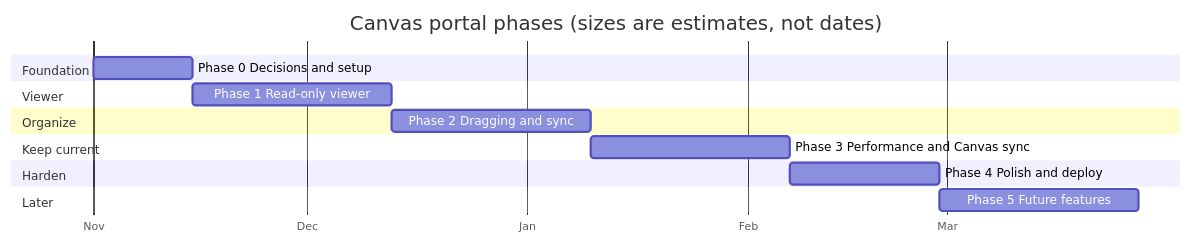
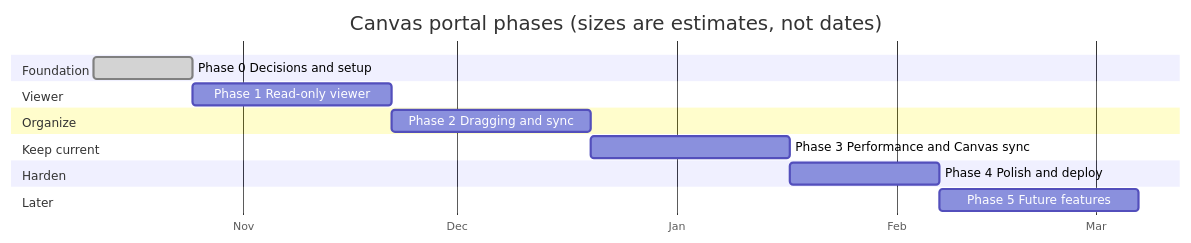
Before and after one commit to bbranton/TestProj: the diagram in docs/canvas-portal/01-roadmap.md, drawn with Mermaid. The commit also changed other lines of this file, not shown here.

First line of the commit message:
Roadmap: in-depth review fixes

````diff
--- a/docs/canvas-portal/01-roadmap.md
+++ b/docs/canvas-portal/01-roadmap.md
@@ -21,18 +21,18 @@
 ```mermaid
 gantt
     title Canvas portal phases (sizes are estimates, not dates)
     dateFormat  YYYY-MM-DD
     axisFormat  %b
     section Foundation
-    Phase 0 Decisions and setup      :p0, 2026-11-01, 14d
+    Phase 0 Decisions and setup      :done, p0, 2026-10-11, 14d
     section Viewer
     Phase 1 Read-only viewer         :p1, after p0, 28d
     section Organize
     Phase 2 Dragging and sync        :p2, after p1, 28d
     section Keep current
     Phase 3 Performance and Canvas sync :p3, after p2, 28d
     section Harden
     Phase 4 Polish and deploy        :p4, after p3, 21d
     section Later
     Phase 5 Future features          :p5, after p4, 28d
 ```
````
